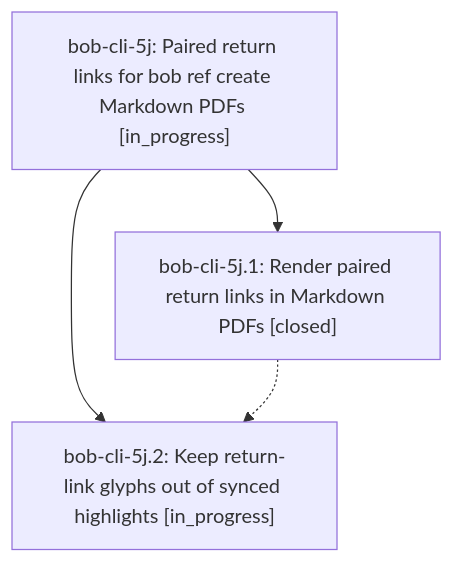
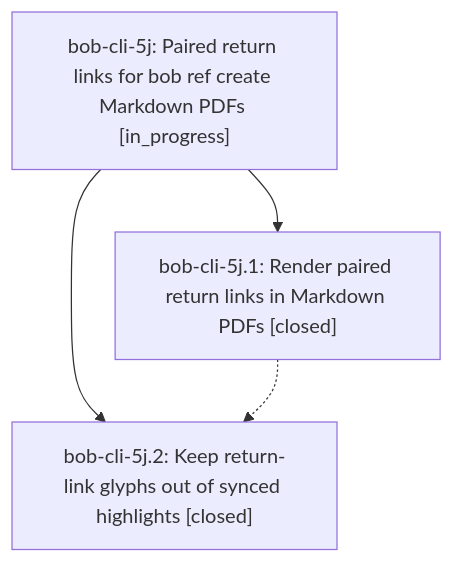
Before and after one commit to bobs-org/bob-cli--beads: the diagram in pages/bob-cli-5j/README.md, drawn with Mermaid. The commit also changed other lines of this file and 2 other files, not shown here.

First line of the commit message:
chore(beads): sync bead state and pages for bob-cli-5j

````diff
--- a/pages/bob-cli-5j/README.md
+++ b/pages/bob-cli-5j/README.md
@@ -35,9 +35,9 @@
 ```mermaid
 flowchart TD
     n0["bob-cli-5j: Paired return links for bob ref create Markdown PDFs [in_progress]"]
     n1["bob-cli-5j.1: Render paired return links in Markdown PDFs [closed]"]
-    n2["bob-cli-5j.2: Keep return-link glyphs out of synced highlights [in_progress]"]
+    n2["bob-cli-5j.2: Keep return-link glyphs out of synced highlights [closed]"]
     n0 --> n1
     n0 --> n2
     n1 -.-> n2
 ```
````
